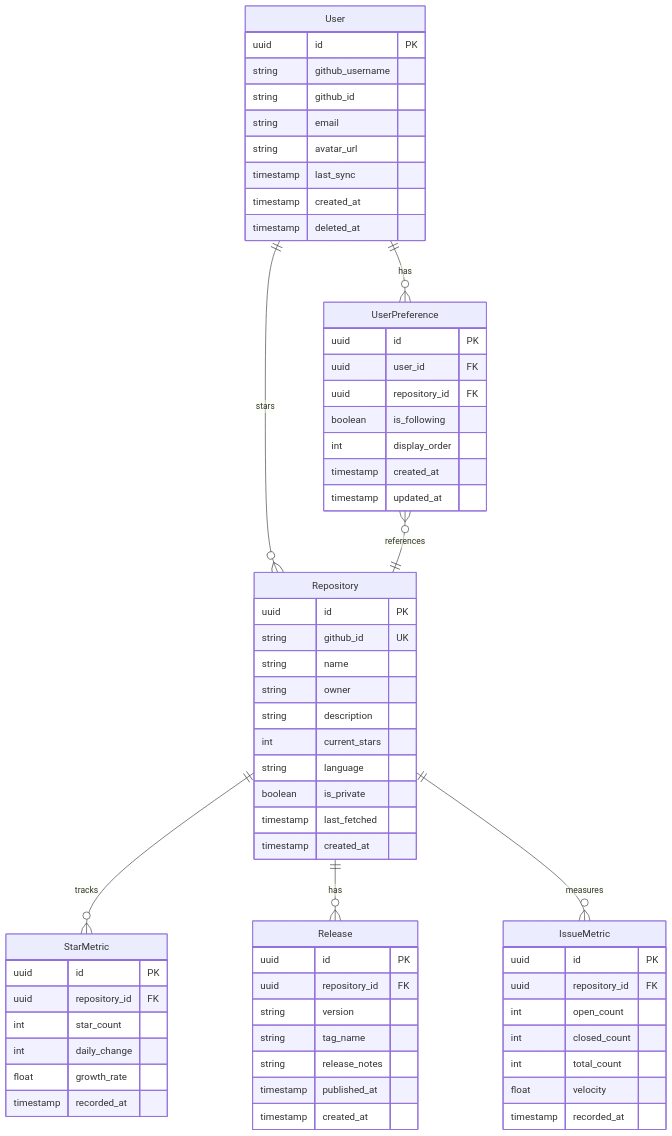
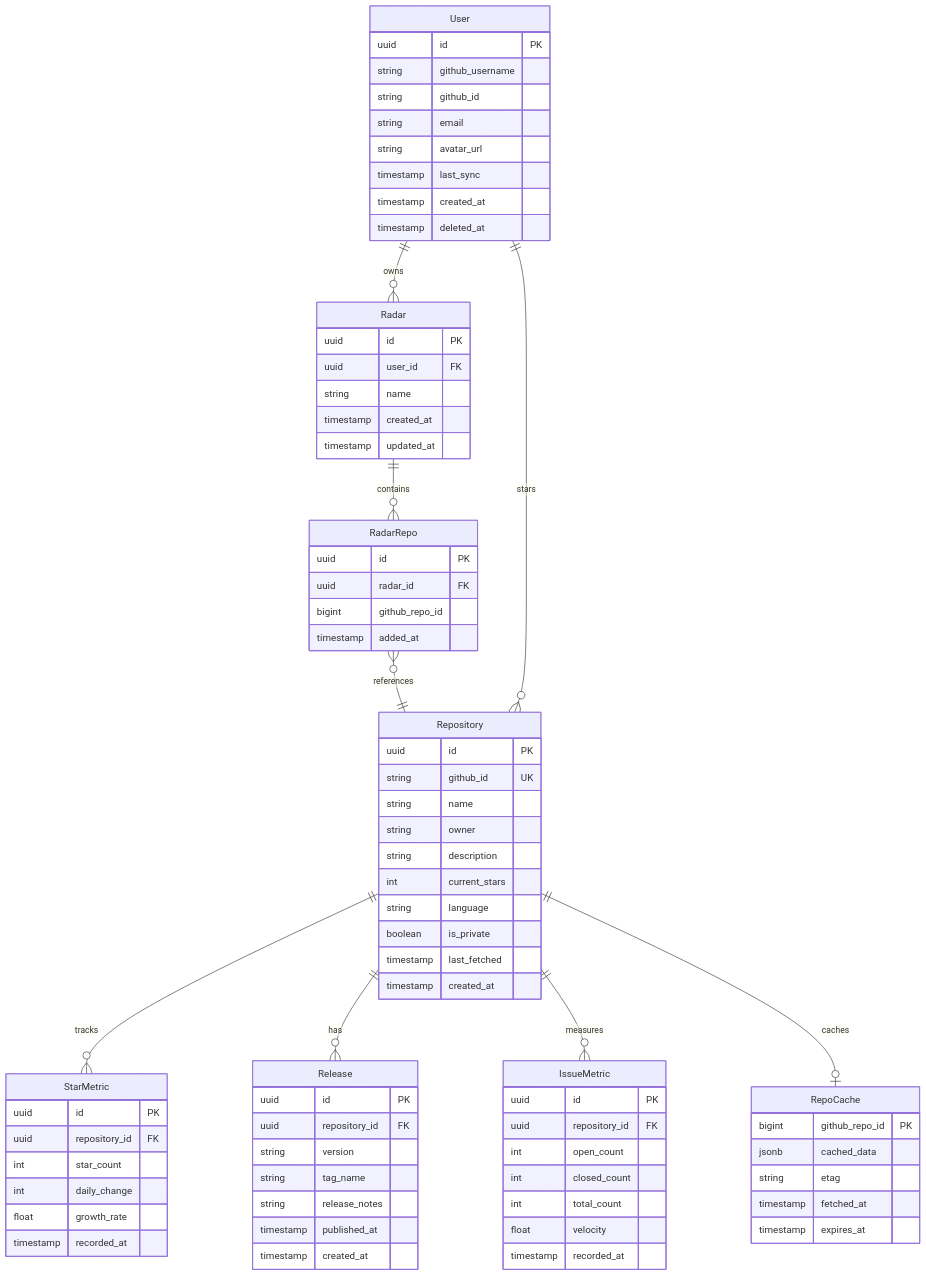
Before and after one commit to cen10/repo-radar: the diagram in specs/001-develop-a-personalized/data-model.md, drawn with Mermaid. The commit also changed other lines of this file and 6 other files, not shown here.

````diff
--- a/specs/001-develop-a-personalized/data-model.md
+++ b/specs/001-develop-a-personalized/data-model.md
@@ -12,11 +12,13 @@
 ```mermaid
 erDiagram
-    User ||--o{ UserPreference : has
+    User ||--o{ Radar : owns
+    Radar ||--o{ RadarRepo : contains
+    RadarRepo }o--|| Repository : references
     User ||--o{ Repository : stars
     Repository ||--o{ StarMetric : tracks
     Repository ||--o{ Release : has
     Repository ||--o{ IssueMetric : measures
-    UserPreference }o--|| Repository : references
+    Repository ||--o| RepoCache : caches
 
     User {
         uuid id PK
@@ -27,6 +29,21 @@
         timestamp last_sync
         timestamp created_at
         timestamp deleted_at
+    }
+
+    Radar {
+        uuid id PK
+        uuid user_id FK
+        string name
+        timestamp created_at
+        timestamp updated_at
+    }
+
+    RadarRepo {
+        uuid id PK
+        uuid radar_id FK
+        bigint github_repo_id
+        timestamp added_at
     }
 
     Repository {
@@ -71,13 +88,11 @@
         timestamp recorded_at
     }
 
-    UserPreference {
-        uuid id PK
-        uuid user_id FK
-        uuid repository_id FK
-        boolean is_following
-        int display_order
-        timestamp created_at
-        timestamp updated_at
+    RepoCache {
+        bigint github_repo_id PK
+        jsonb cached_data
+        string etag
+        timestamp fetched_at
+        timestamp expires_at
     }
 ```
````
